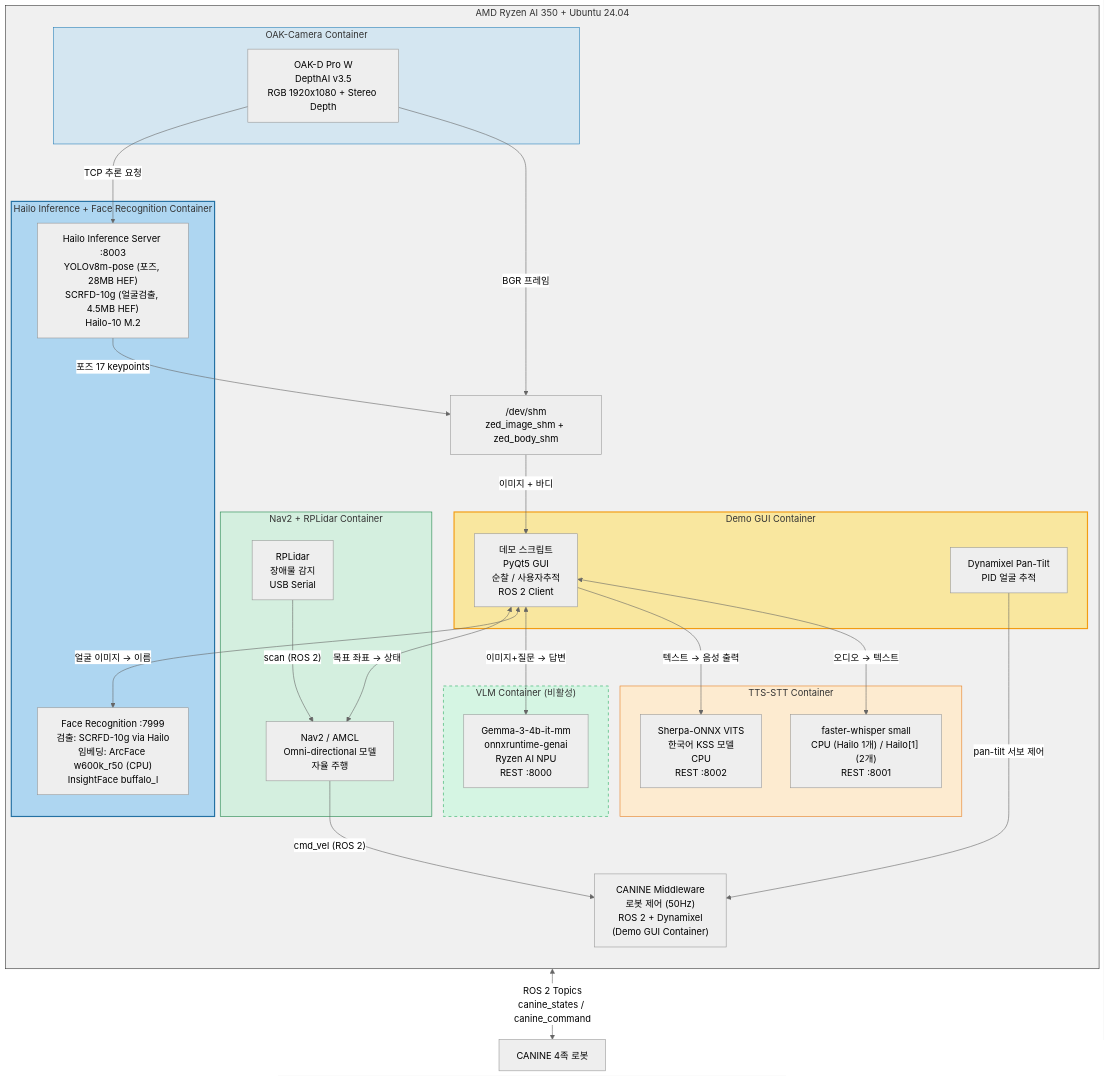
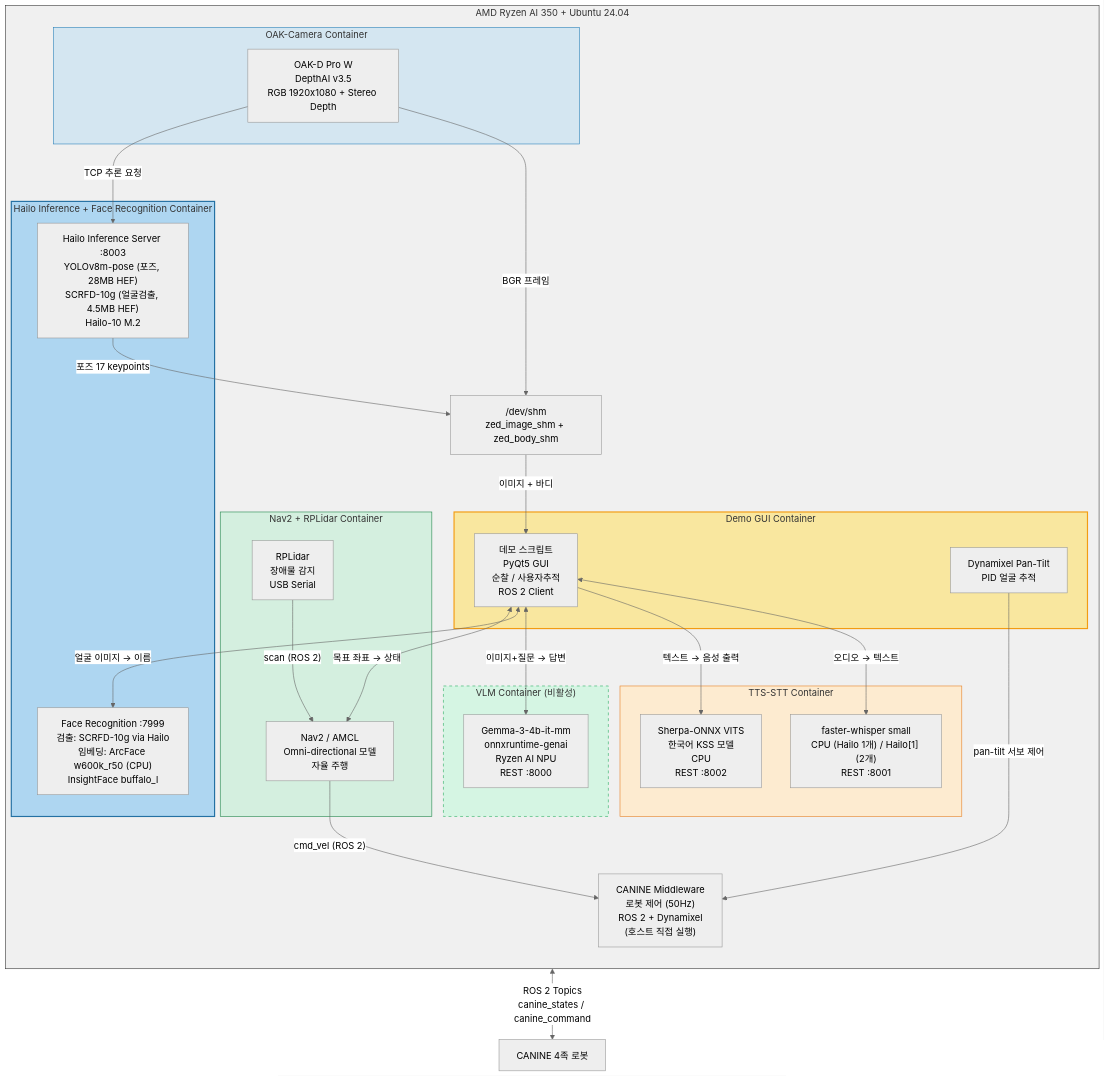
The diagram in README.md (ETRI-OAC/ETRI-OAC-DEMO), drawn with Mermaid (neutral theme) before and after one commit. The commit also changed other lines of this file and 91 other files, not shown here.

````diff
--- a/README.md
+++ b/README.md
@@ -5,62 +5,62 @@
 ```mermaid
 graph TB
     subgraph HOST["AMD Ryzen AI 350 + Ubuntu 24.04"]
         direction TB
 
         subgraph OAK["OAK-Camera Container"]
             CAM["OAK-D Pro W<br/>DepthAI v3.5<br/>RGB 1920x1080 + Stereo Depth"]
         end
 
         subgraph DEMO_C["Demo GUI Container"]
             DEMO["데모 스크립트<br/>PyQt5 GUI<br/>순찰 / 사용자추적<br/>ROS 2 Client"]
             PT["Dynamixel Pan-Tilt<br/>PID 얼굴 추적"]
         end
 
         subgraph HAILO_C["Hailo Inference + Face Recognition Container"]
             HAILO_SRV["Hailo Inference Server :8003<br/>YOLOv8m-pose (포즈, 28MB HEF)<br/>SCRFD-10g (얼굴검출, 4.5MB HEF)<br/>Hailo-10 M.2"]
             FACE["Face Recognition :7999<br/>검출: SCRFD-10g via Hailo<br/>임베딩: ArcFace w600k_r50 (CPU)<br/>InsightFace buffalo_l"]
         end
 
         subgraph NAV_C["Nav2 + RPLidar Container"]
             NAV["Nav2 / AMCL<br/>Omni-directional 모델<br/>자율 주행"]
             LIDAR["RPLidar<br/>장애물 감지<br/>USB Serial"]
         end
 
-        MW["CANINE Middleware<br/>로봇 제어 (50Hz)<br/>ROS 2 + Dynamixel<br/>(Demo GUI Container)"]
+        MW["CANINE Middleware<br/>로봇 제어 (50Hz)<br/>ROS 2 + Dynamixel<br/>(호스트 직접 실행)"]
 
         subgraph VLM_C["VLM Container (비활성)"]
             VLM["Gemma-3-4b-it-mm<br/>onnxruntime-genai<br/>Ryzen AI NPU<br/>REST :8000"]
         end
 
         subgraph TTS_C["TTS-STT Container"]
             STT["faster-whisper small<br/>CPU (Hailo 1개) / Hailo[1] (2개)<br/>REST :8001"]
             TTS["Sherpa-ONNX VITS<br/>한국어 KSS 모델<br/>CPU<br/>REST :8002"]
         end
 
         SHM["/dev/shm<br/>zed_image_shm + zed_body_shm"]
     end
 
     ROBOT["CANINE 4족 로봇"]
 
     CAM -->|"BGR 프레임"| SHM
     HAILO_SRV -->|"포즈 17 keypoints"| SHM
     CAM -->|"TCP 추론 요청"| HAILO_SRV
     SHM -->|"이미지 + 바디"| DEMO
     DEMO <-->|"오디오 → 텍스트"| STT
     DEMO -->|"텍스트 → 음성 출력"| TTS
     DEMO <-->|"이미지+질문 → 답변"| VLM
     DEMO <-->|"얼굴 이미지 → 이름"| FACE
     DEMO <-->|"목표 좌표 → 상태"| NAV
     MW <-->|"ROS 2 Topics<br/>canine_states / canine_command"| ROBOT
     LIDAR -->|"scan (ROS 2)"| NAV
     NAV -->|"cmd_vel (ROS 2)"| MW
     PT -->|"pan-tilt 서보 제어"| MW
 
     style HOST fill:#f0f0f0,stroke:#333
     style OAK fill:#d4e6f1,stroke:#2980b9
     style HAILO_C fill:#aed6f1,stroke:#2471a3,stroke-width:2px
     style NAV_C fill:#d4efdf,stroke:#1e8449
     style VLM_C fill:#d5f5e3,stroke:#27ae60,stroke-dasharray: 5 5
     style TTS_C fill:#fdebd0,stroke:#e67e22
     style DEMO_C fill:#f9e79f,stroke:#f39c12,stroke-width:2px
 ```
````
